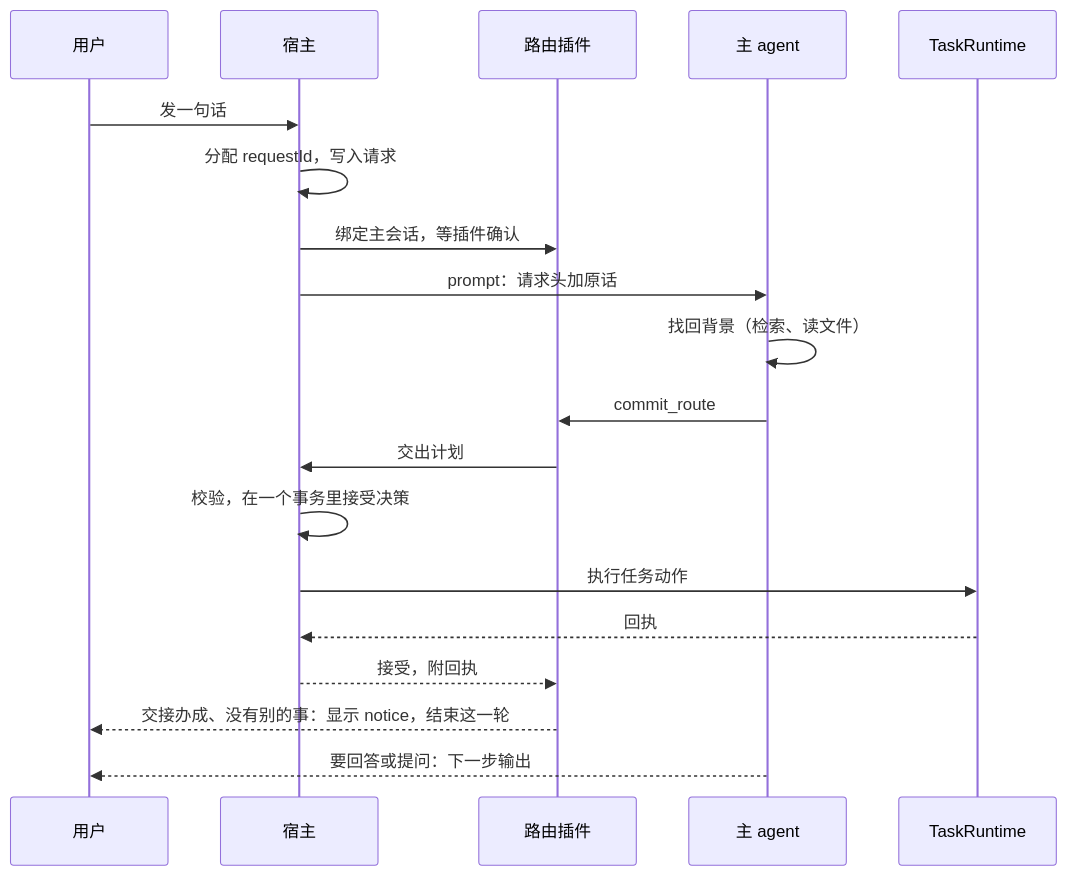
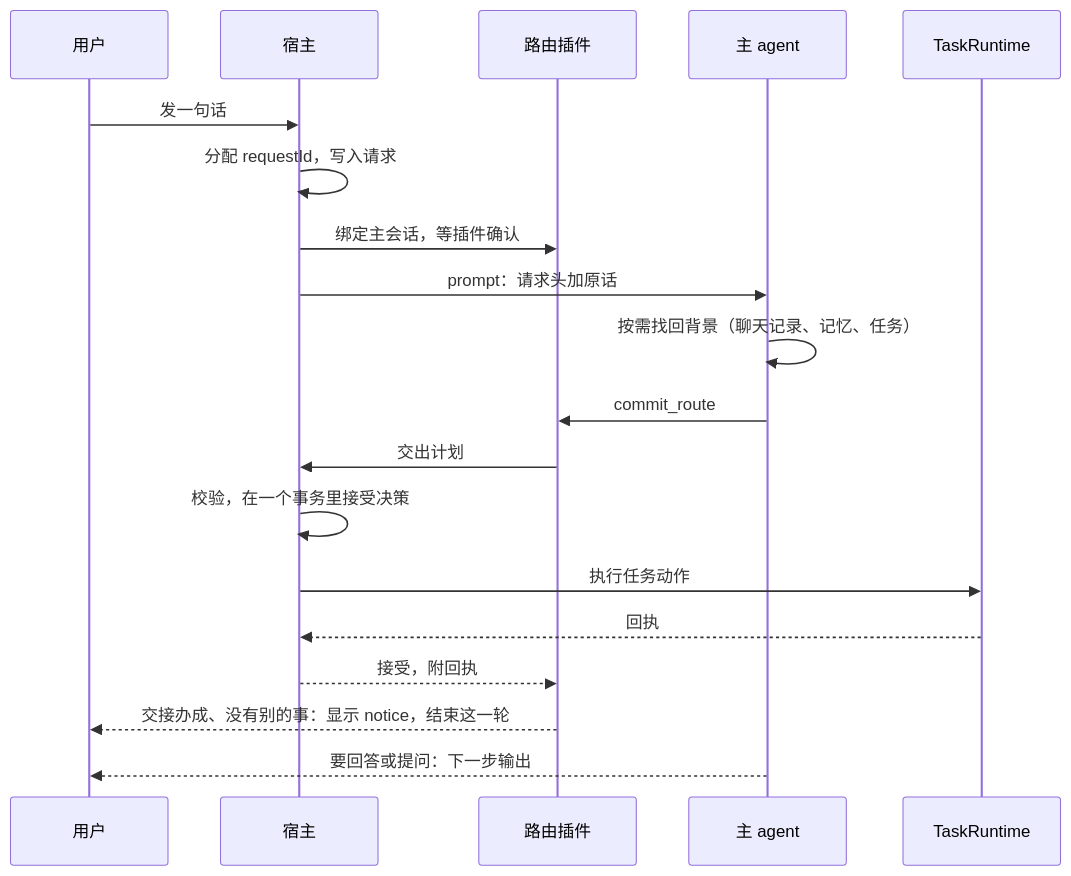
The diagram in docs/agent-routing-design.zh-CN.md (JNS0724/Viva), drawn with Mermaid before and after one commit. The commit also changed other lines of this file and 40 other files, not shown here.

````diff
--- a/docs/agent-routing-design.zh-CN.md
+++ b/docs/agent-routing-design.zh-CN.md
@@ -54,21 +54,21 @@
 ```mermaid
 sequenceDiagram
   participant U as 用户
   participant H as 宿主
   participant P as 路由插件
   participant M as 主 agent
   participant T as TaskRuntime
   U->>H: 发一句话
   H->>H: 分配 requestId，写入请求
   H->>P: 绑定主会话，等插件确认
   H->>M: prompt：请求头加原话
-  M->>M: 找回背景（检索、读文件）
+  M->>M: 按需找回背景（聊天记录、记忆、任务）
   M->>P: commit_route
   P->>H: 交出计划
   H->>H: 校验，在一个事务里接受决策
   H->>T: 执行任务动作
   T-->>H: 回执
   H-->>P: 接受，附回执
   P-->>U: 交接办成、没有别的事：显示 notice，结束这一轮
   M-->>U: 要回答或提问：下一步输出
 ```
````
